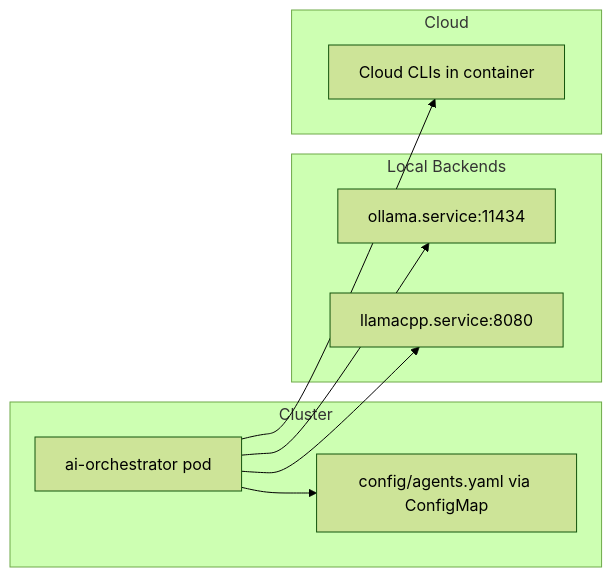
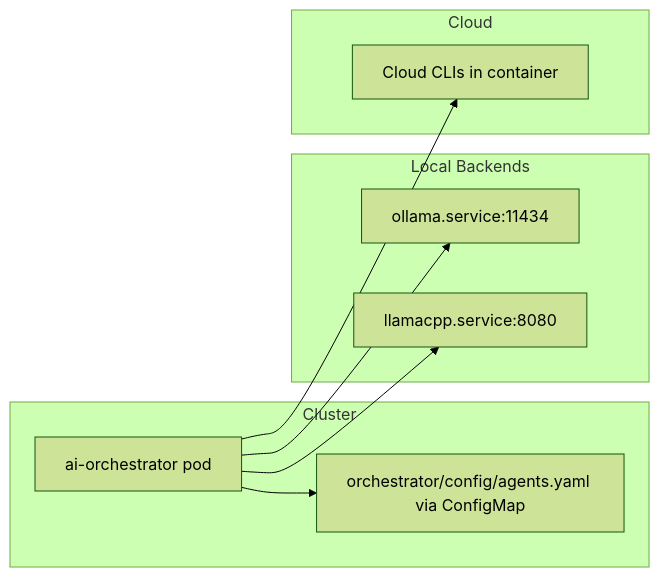
The sixth of 7 diagrams in OFFLINE_MODE.md (KhaiTrang1995/AI-Agents-Orchestrator), drawn with Mermaid (forest theme) before and after one commit. The commit also changed other lines of this file and 261 other files, not shown here.

````diff
--- a/OFFLINE_MODE.md
+++ b/OFFLINE_MODE.md
@@ -279,21 +325,21 @@
 ```mermaid
 flowchart LR
     subgraph Cluster
         O[ai-orchestrator pod]
-        C[config/agents.yaml via ConfigMap]
+        C[orchestrator/config/agents.yaml via ConfigMap]
         O --> C
     end
 
     subgraph Local Backends
         OL[ollama.service:11434]
         LC[llamacpp.service:8080]
     end
 
     subgraph Cloud
         CC[Cloud CLIs in container]
     end
 
     O --> OL
     O --> LC
     O --> CC
 ```
````
